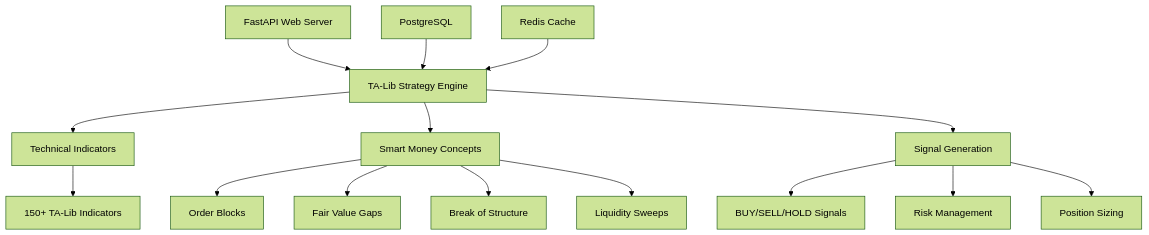
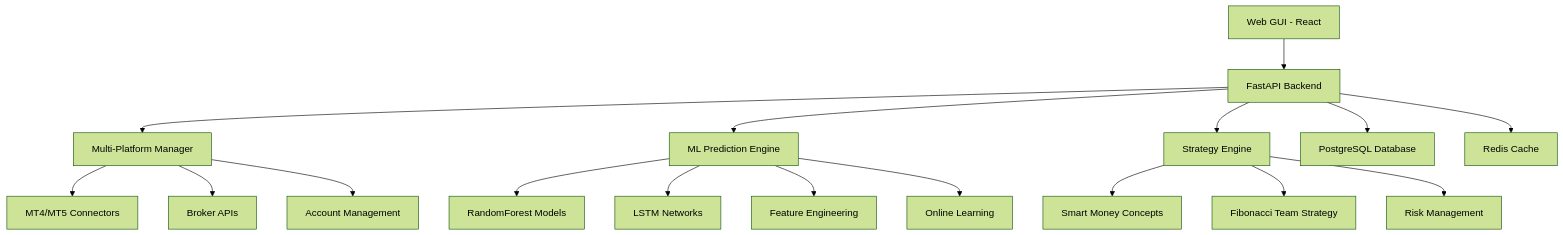
The diagram in README.md (szarastrefa/AI-ML-Trading-Bot), drawn with Mermaid (forest theme) before and after one commit. The commit also changed other lines of this file, not shown here.

Commit message:
📝 UPDATE: Complete Repository Rebuild with Multi-Platform Support

````diff
--- a/README.md
+++ b/README.md
@@ -50,20 +98,23 @@
 ```mermaid
 graph TD
-    A[FastAPI Web Server] --> B[TA-Lib Strategy Engine]
-    B --> C[Technical Indicators]
-    B --> D[Smart Money Concepts]
-    B --> E[Signal Generation]
+    A[Web GUI - React] --> B[FastAPI Backend]
+    B --> C[Multi-Platform Manager]
+    B --> D[ML Prediction Engine]
+    B --> E[Strategy Engine]
     
-    F[PostgreSQL] --> B
-    G[Redis Cache] --> B
+    C --> F[MT4/MT5 Connectors]
+    C --> G[Broker APIs]
+    C --> H[Account Management]
     
-    C --> H[150+ TA-Lib Indicators]
-    D --> I[Order Blocks]
-    D --> J[Fair Value Gaps]
-    D --> K[Break of Structure]
-    D --> L[Liquidity Sweeps]
+    D --> I[RandomForest Models]
+    D --> J[LSTM Networks]
+    D --> K[Feature Engineering]
+    D --> L[Online Learning]
     
-    E --> M[BUY/SELL/HOLD Signals]
-    E --> N[Risk Management]
-    E --> O[Position Sizing]
+    E --> M[Smart Money Concepts]
+    E --> N[Fibonacci Team Strategy]
+    E --> O[Risk Management]
+    
+    B --> P[PostgreSQL Database]
+    B --> Q[Redis Cache]
 ```
````
